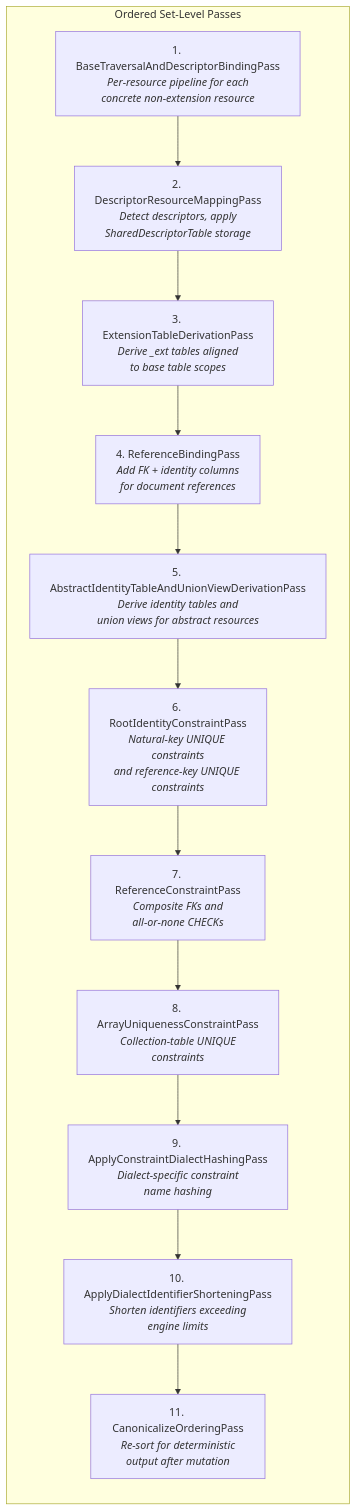
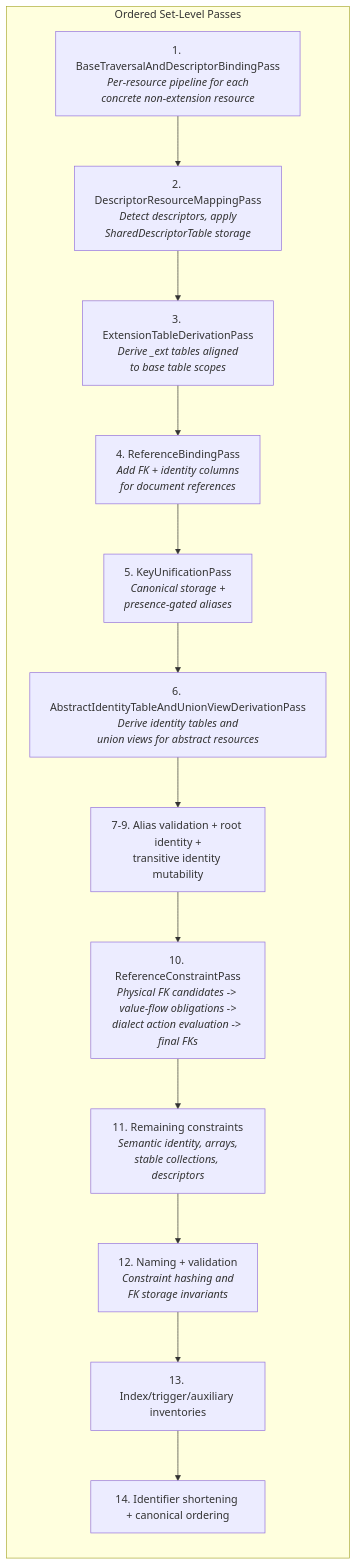
One commit to Ed-Fi-Alliance-OSS/Data-Management-Service changed diagram 11 of 16 in reference/design/backend-redesign/presentations/relational-model-presentation.md. Above: the diagram before and after it, drawn with Mermaid. The commit also changed other lines of this file and 18 other files, not shown here.

````diff
--- a/reference/design/backend-redesign/presentations/relational-model-presentation.md
+++ b/reference/design/backend-redesign/presentations/relational-model-presentation.md
@@ -499,29 +564,31 @@
 ```mermaid
 flowchart TD
     subgraph Passes["Ordered Set-Level Passes"]
         direction TB
         P1["1. BaseTraversalAndDescriptorBindingPass<br/><i>Per-resource pipeline for each<br/>concrete non-extension resource</i>"]
 
         P2["2. DescriptorResourceMappingPass<br/><i>Detect descriptors, apply<br/>SharedDescriptorTable storage</i>"]
 
         P3["3. ExtensionTableDerivationPass<br/><i>Derive _ext tables aligned<br/>to base table scopes</i>"]
 
         P4["4. ReferenceBindingPass<br/><i>Add FK + identity columns<br/>for document references</i>"]
 
-        P5["5. AbstractIdentityTableAndUnionViewDerivationPass<br/><i>Derive identity tables and<br/>union views for abstract resources</i>"]
+        P5["5. KeyUnificationPass<br/><i>Canonical storage +<br/>presence-gated aliases</i>"]
 
-        P6["6. RootIdentityConstraintPass<br/><i>Natural-key UNIQUE constraints<br/>and reference-key UNIQUE constraints</i>"]
+        P6["6. AbstractIdentityTableAndUnionViewDerivationPass<br/><i>Derive identity tables and<br/>union views for abstract resources</i>"]
 
-        P7["7. ReferenceConstraintPass<br/><i>Composite FKs and<br/>all-or-none CHECKs</i>"]
+        P7["7-9. Alias validation + root identity +<br/>transitive identity mutability"]
 
-        P8["8. ArrayUniquenessConstraintPass<br/><i>Collection-table UNIQUE<br/>constraints</i>"]
+        P8["10. ReferenceConstraintPass<br/><i>Physical FK candidates -> value-flow obligations -><br/>dialect action evaluation -> final FKs</i>"]
 
-        P9["9. ApplyConstraintDialectHashingPass<br/><i>Dialect-specific constraint<br/>name hashing</i>"]
+        P9["11. Remaining constraints<br/><i>Semantic identity, arrays,<br/>stable collections, descriptors</i>"]
 
-        P10["10. ApplyDialectIdentifierShorteningPass<br/><i>Shorten identifiers exceeding<br/>engine limits</i>"]
+        P10["12. Naming + validation<br/><i>Constraint hashing and<br/>FK storage invariants</i>"]
 
-        P11["11. CanonicalizeOrderingPass<br/><i>Re-sort for deterministic<br/>output after mutation</i>"]
+        P11["13. Index/trigger/auxiliary inventories"]
 
-        P1 --> P2 --> P3 --> P4 --> P5 --> P6 --> P7 --> P8 --> P9 --> P10 --> P11
+        P12["14. Identifier shortening + canonical ordering"]
+
+        P1 --> P2 --> P3 --> P4 --> P5 --> P6 --> P7 --> P8 --> P9 --> P10 --> P11 --> P12
     end
 ```
````
